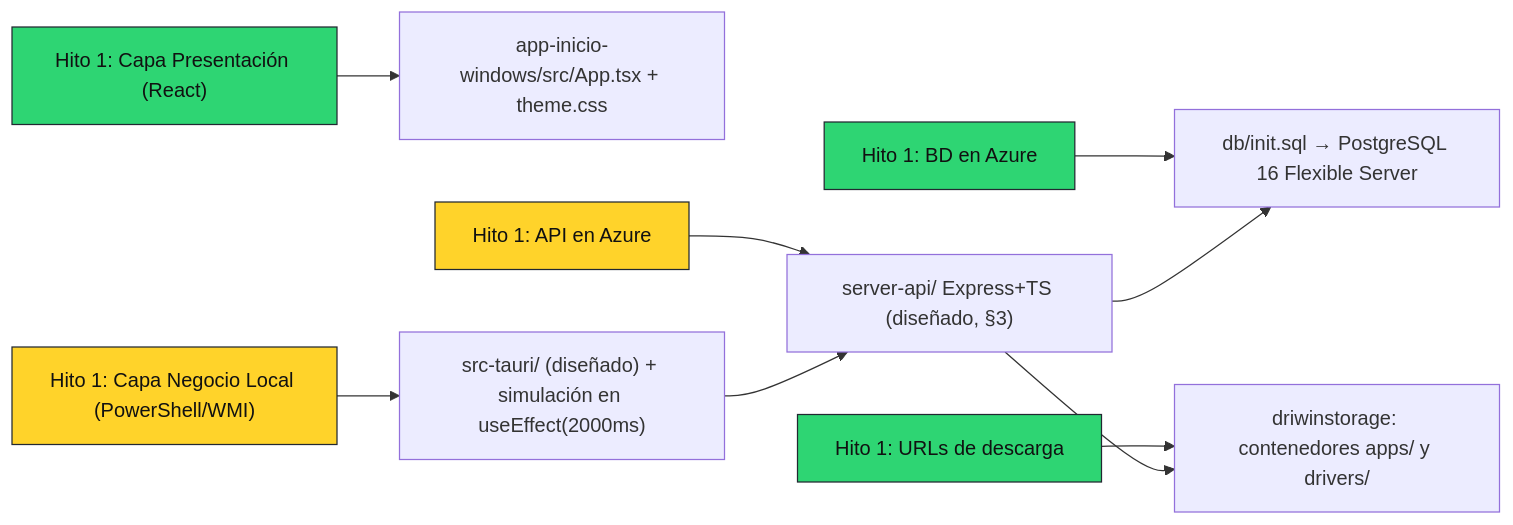
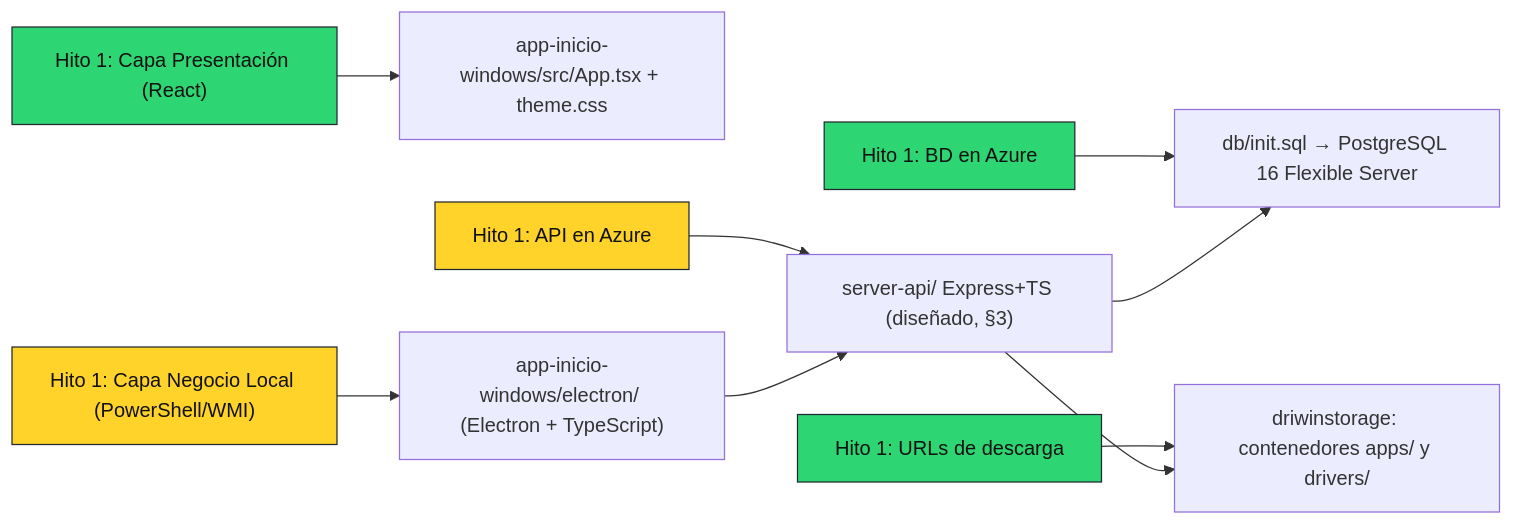
The first of 2 diagrams in docs/Hito2/backendInfo.md (VinJimbo97/DriWinProyect), drawn with Mermaid before and after one commit. The commit also changed other lines of this file and 14 other files, not shown here.

````diff
--- a/docs/Hito2/backendInfo.md
+++ b/docs/Hito2/backendInfo.md
@@ -1051,13 +1067,13 @@
 ```mermaid
 flowchart LR
     classDef done fill:#2ed573,stroke:#222831,color:#111;
     classDef des fill:#ffd32a,stroke:#222831,color:#111;
     A["Hito 1: Capa Presentación (React)"]:::done --> A1["app-inicio-windows/src/App.tsx + theme.css"]
-    B["Hito 1: Capa Negocio Local (PowerShell/WMI)"]:::des --> B1["src-tauri/ (diseñado) + simulación en useEffect(2000ms)"]
+    B["Hito 1: Capa Negocio Local (PowerShell/WMI)"]:::des --> B1["app-inicio-windows/electron/ (Electron + TypeScript)"]
     C["Hito 1: API en Azure"]:::des --> C1["server-api/ Express+TS (diseñado, §3)"]
     D["Hito 1: BD en Azure"]:::done --> D1["db/init.sql → PostgreSQL 16 Flexible Server"]
     E["Hito 1: URLs de descarga"]:::done --> E1["driwinstorage: contenedores apps/ y drivers/"]
     C1 --> D1
     C1 --> E1
     B1 --> C1
 ```
````
